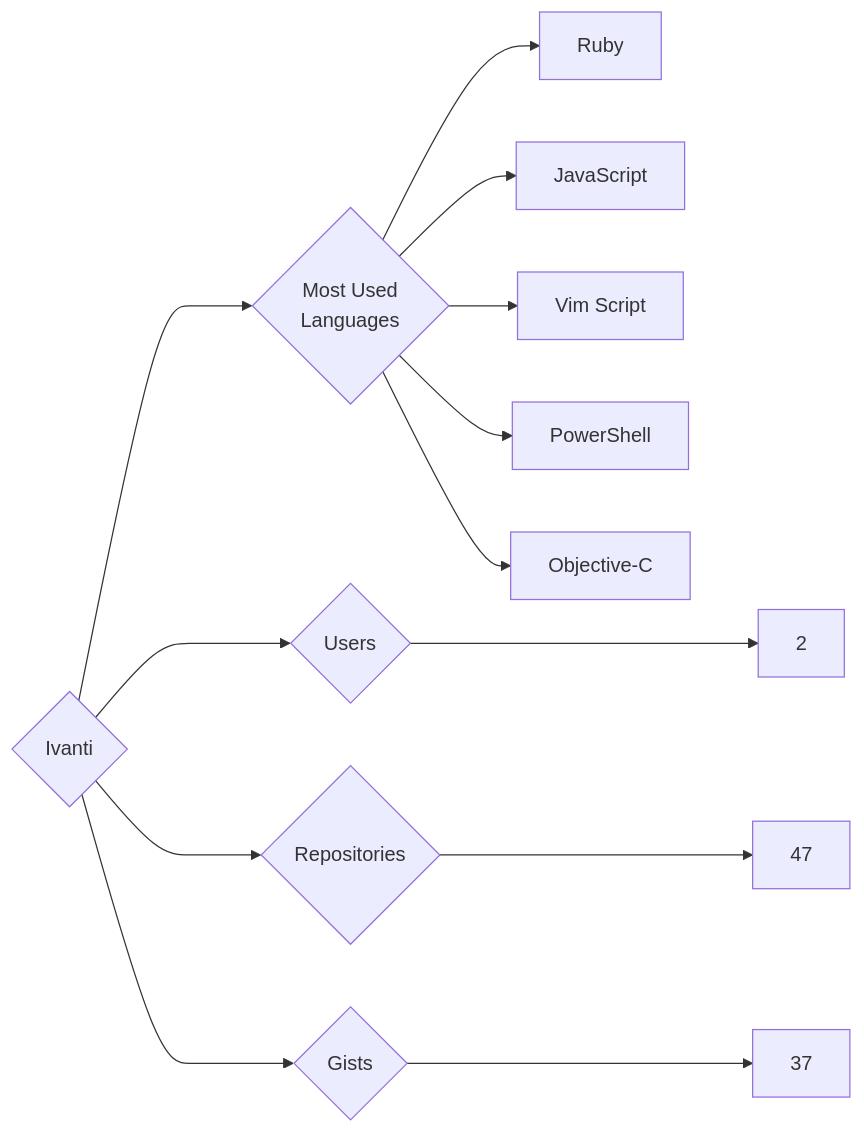
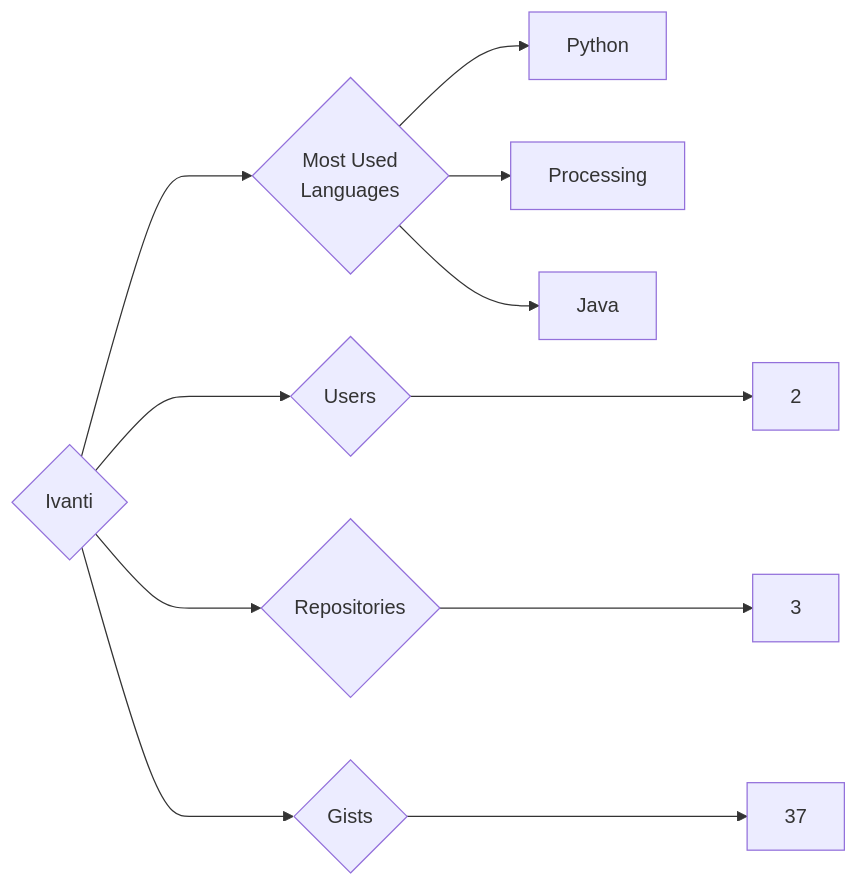
Before and after one commit to trickest/insiders: the diagram in targets/Ivanti/README.md, drawn with Mermaid. The commit also changed 1020 other files, not shown here.

````diff
--- a/targets/Ivanti/README.md
+++ b/targets/Ivanti/README.md
@@ -3,13 +3,11 @@
 ```mermaid
 graph LR
 COMPANY_NAME{Ivanti}
 COMPANY_NAME ---> U{Users} ---> UN[2]
-COMPANY_NAME ---> R{Repositories} ---> RN[47]
+COMPANY_NAME ---> R{Repositories} ---> RN[3]
 COMPANY_NAME ---> G{Gists} ---> GN[37]
 COMPANY_NAME ---> ML{Most Used<br>Languages}
-ML --> Ruby[Ruby]
-ML --> JavaScript[JavaScript]
-ML --> Vim_Script[Vim Script]
-ML --> PowerShell[PowerShell]
-ML --> Objective-C[Objective-C]
+ML --> Python[Python]
+ML --> Processing[Processing]
+ML --> Java[Java]
 ```
````
